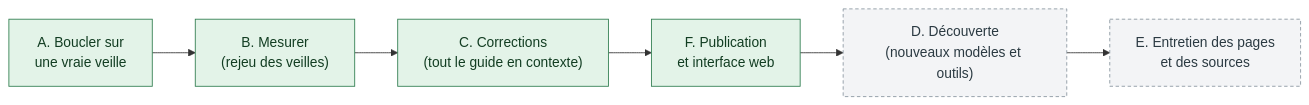
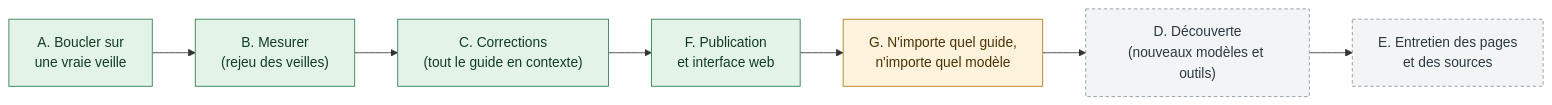
Before and after one commit to DamienBecherini/vault-watch-agent: the fifth of 5 diagrams in docs/presentation.fr.md, drawn with Mermaid. The commit also changed other lines of this file and 7 other files, not shown here.

````diff
--- a/docs/presentation.fr.md
+++ b/docs/presentation.fr.md
@@ -155,10 +160,12 @@
 ```mermaid
 flowchart LR
   A["A. Boucler sur<br/>une vraie veille"]:::done --> B["B. Mesurer<br/>(rejeu des veilles)"]:::done
   B --> C["C. Corrections<br/>(tout le guide en contexte)"]:::done
   C --> F["F. Publication<br/>et interface web"]:::done
-  F --> D["D. Découverte<br/>(nouveaux modèles et outils)"]:::next
+  F --> G["G. N'importe quel guide,<br/>n'importe quel modèle"]:::now
+  G --> D["D. Découverte<br/>(nouveaux modèles et outils)"]:::next
   D --> E["E. Entretien des pages<br/>et des sources"]:::next
   classDef done fill:#e3f3e8,stroke:#2f7d4f,color:#123d22
+  classDef now fill:#fdf3dc,stroke:#b07a12,color:#4a3305
   classDef next fill:#f3f4f6,stroke:#8a96a0,color:#2b3a42,stroke-dasharray:4 3
 ```
````
